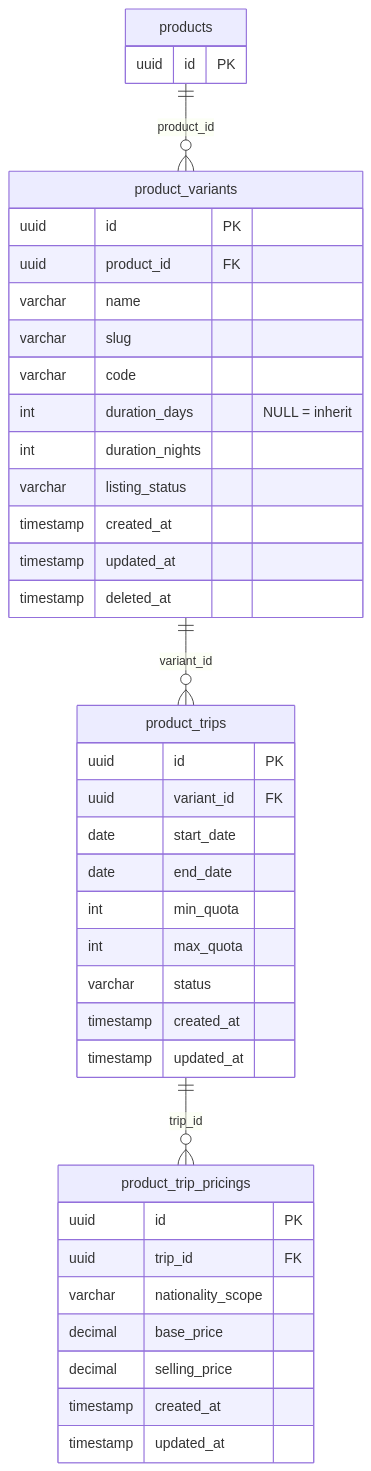
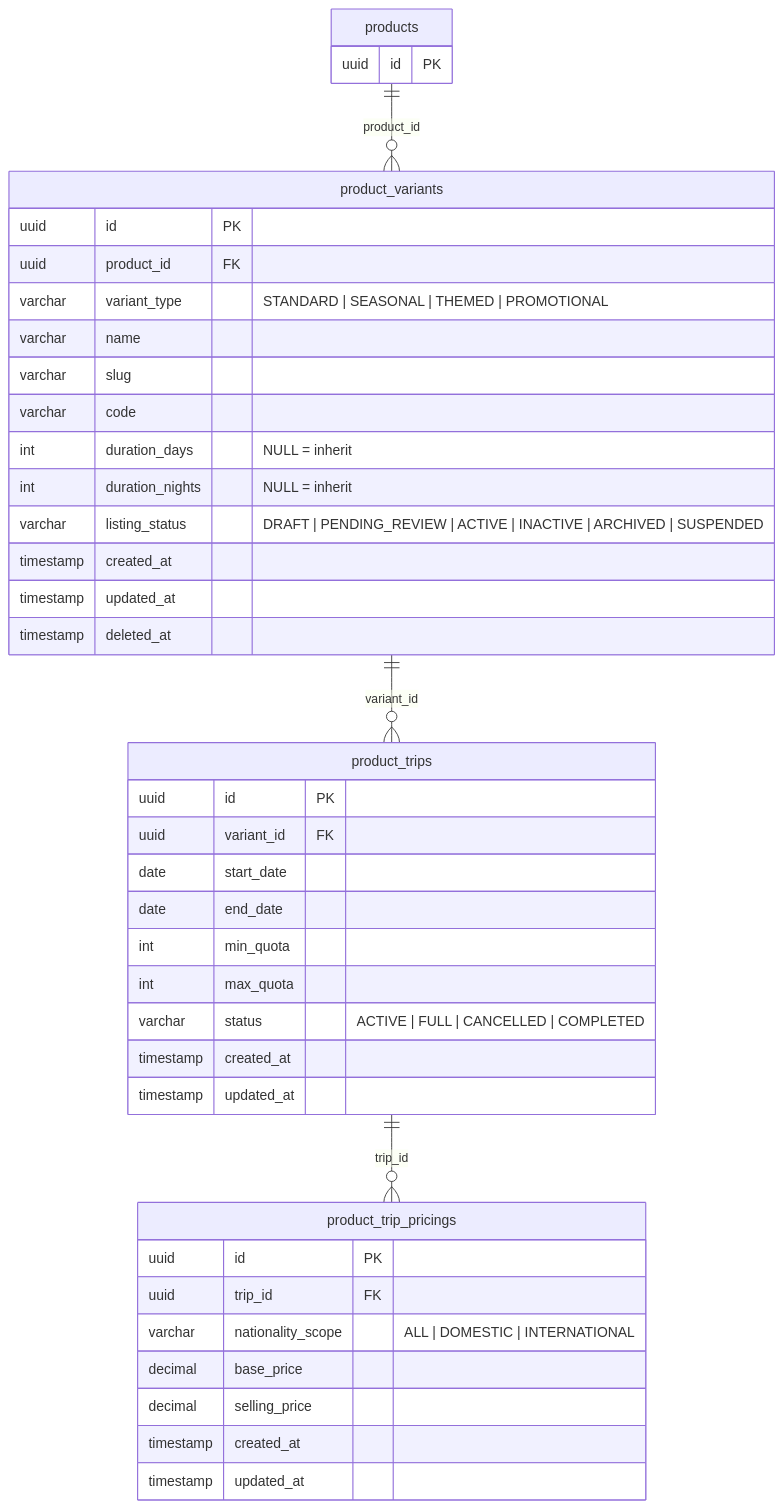
One commit to Haris-saifudin/hobiholidays-documentations changed the third of 8 diagrams in product-technical-design.md. Above: the diagram before and after it, drawn with Mermaid. The commit also changed other lines of this file and 3 other files, not shown here.

Commit message:
docs: define product entity enums and update technical design documentation for status and classification tracking

````diff
--- a/product-technical-design.md
+++ b/product-technical-design.md
@@ -353,46 +424,47 @@
 ```mermaid
 erDiagram
     products {
         uuid id PK
     }
 
     product_variants {
-        uuid      id             PK
-        uuid      product_id     FK
+        uuid      id              PK
+        uuid      product_id      FK
+        varchar   variant_type    "STANDARD | SEASONAL | THEMED | PROMOTIONAL"
         varchar   name
         varchar   slug
         varchar   code
-        int       duration_days  "NULL = inherit"
-        int       duration_nights
-        varchar   listing_status
+        int       duration_days   "NULL = inherit"
+        int       duration_nights "NULL = inherit"
+        varchar   listing_status  "DRAFT | PENDING_REVIEW | ACTIVE | INACTIVE | ARCHIVED | SUSPENDED"
         timestamp created_at
         timestamp updated_at
         timestamp deleted_at
     }
 
     product_trips {
         uuid      id         PK
         uuid      variant_id FK
         date      start_date
         date      end_date
         int       min_quota
         int       max_quota
-        varchar   status
+        varchar   status     "ACTIVE | FULL | CANCELLED | COMPLETED"
         timestamp created_at
         timestamp updated_at
     }
 
     product_trip_pricings {
-        uuid       id                 PK
-        uuid       trip_id            FK
-        varchar    nationality_scope
+        uuid       id                PK
+        uuid       trip_id           FK
+        varchar    nationality_scope "ALL | DOMESTIC | INTERNATIONAL"
         decimal    base_price
         decimal    selling_price
         timestamp  created_at
         timestamp  updated_at
     }
 
     products          ||--o{ product_variants    : "product_id"
     product_variants  ||--o{ product_trips       : "variant_id"
     product_trips     ||--o{ product_trip_pricings: "trip_id"
 ```
````
